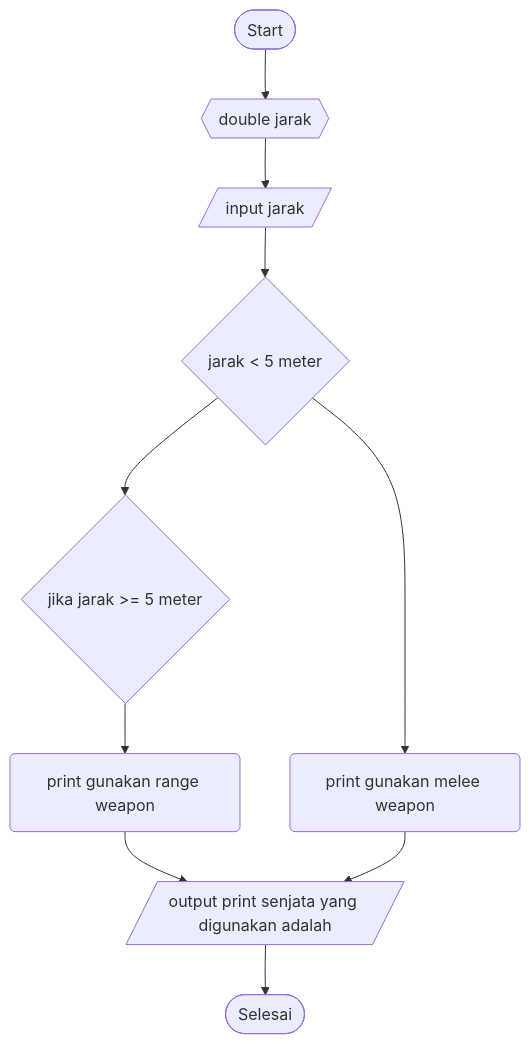
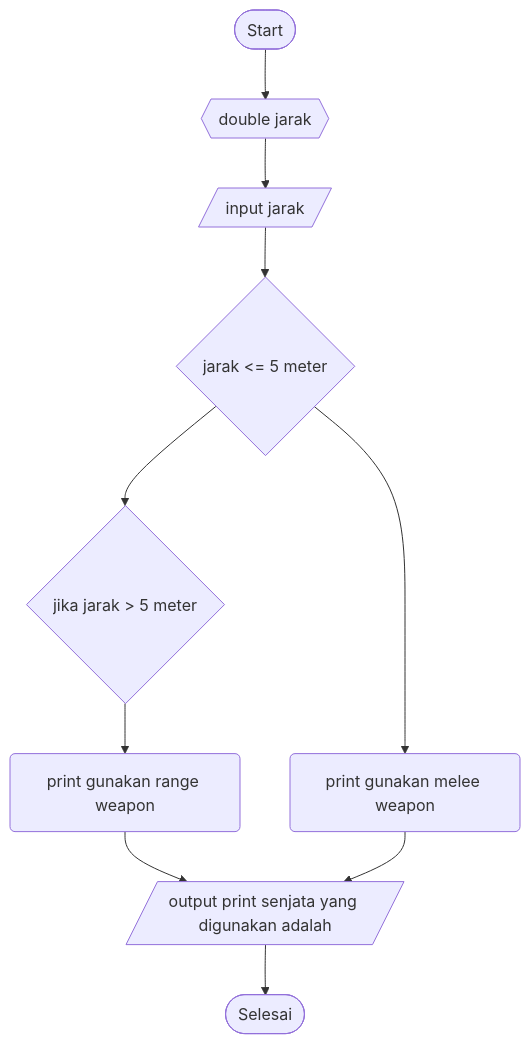
One commit to SATRIODIANNUGROHO/Sample2.1 changed the diagram in JustForFun.md. Above: the diagram before and after it, drawn with Mermaid.

````diff
--- a/JustForFun.md
+++ b/JustForFun.md
@@ -3,12 +3,12 @@
 ```mermaid
 graph TD;
     A([Start])-->B{{double jarak}};
     B{{double jarak}}-->C[/input jarak/];
     C[/input jarak/]-->D{jarak kurang dari 5 meter};
-    D{jarak < 5 meter}-->E(print gunakan melee weapon);
-    D{jarak < 5 meter}-->F{jika jarak >= 5 meter};
-    F{jika jarak >= 5 meter}-->G(print gunakan range weapon);
+    D{jarak <= 5 meter}-->E(print gunakan melee weapon);
+    D{jarak <= 5 meter}-->F{jika jarak > 5 meter};
+    F{jika jarak > 5 meter}-->G(print gunakan range weapon);
     G(print gunakan range weapon)-->H[/output print senjata yang digunakan adalah/];
     E(print gunakan melee weapon)-->H[/output print senjata yang digunakan adalah/];
     H[/output print senjata yang digunakan adalah/]-->I([Selesai]);
 ```
````
